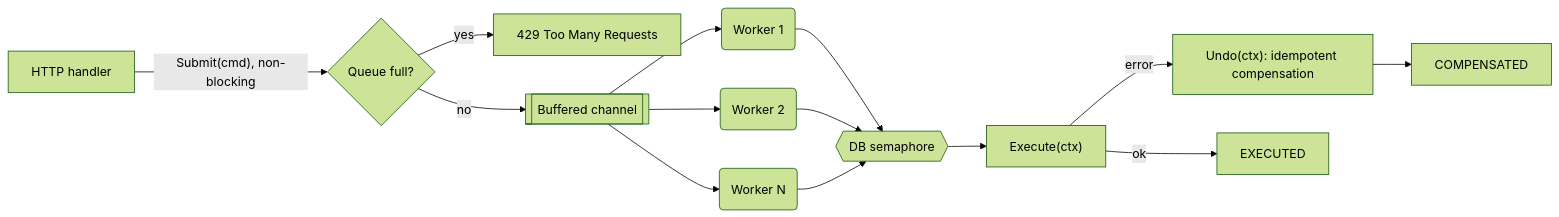
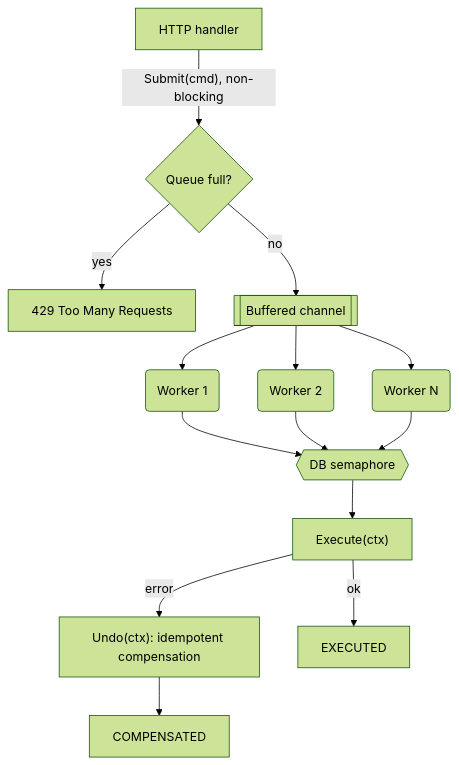
Before and after one commit to ggonzalez36/AI-Advisor: the diagram in docs/adr/001-command-worker-pool-go.md, drawn with Mermaid. The commit also changed 21 other files, not shown here.

````diff
--- a/docs/adr/001-command-worker-pool-go.md
+++ b/docs/adr/001-command-worker-pool-go.md
@@ -21,13 +21,13 @@
 ```mermaid
 %%{init: {"theme": "forest"}}%%
-flowchart LR
+flowchart TD
     H[HTTP handler] -->|"Submit(cmd), non-blocking"| Q{Queue full?}
     Q -- yes --> R[429 Too Many Requests]
     Q -- no --> C[[Buffered channel]]
     C --> W1(Worker 1) & W2(Worker 2) & WN(Worker N)
     W1 & W2 & WN --> S{{DB semaphore}}
     S --> E["Execute(ctx)"]
     E -- error --> U["Undo(ctx): idempotent compensation"]
     E -- ok --> D[EXECUTED]
     U --> X[COMPENSATED]
 ```
````
